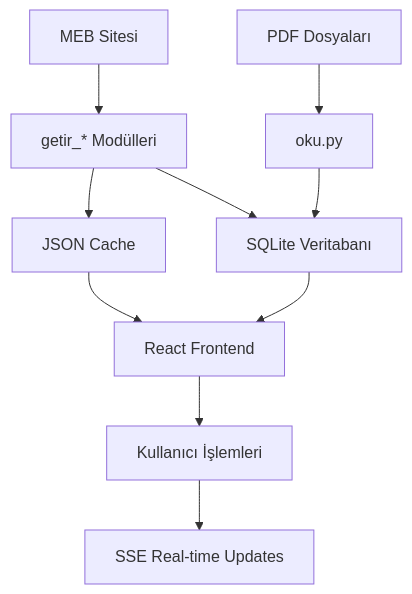
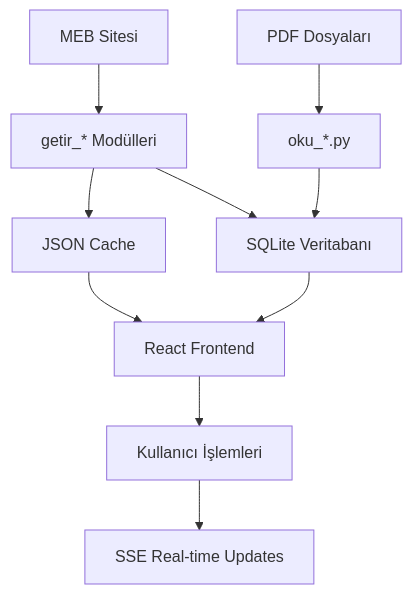
The diagram in README.md (ferhatknd/alan-dal-ders), drawn with Mermaid before and after one commit. The commit also changed other lines of this file and 3 other files, not shown here.

````diff
--- a/README.md
+++ b/README.md
@@ -349,12 +726,12 @@
 ```mermaid
 graph TD
     A[MEB Sitesi] --> B[getir_* Modülleri]
     B --> C[JSON Cache]
     B --> D[SQLite Veritabanı]
     C --> E[React Frontend]
     D --> E
-    F[PDF Dosyaları] --> G[oku.py]
+    F[PDF Dosyaları] --> G[oku_*.py]
     G --> D
     E --> H[Kullanıcı İşlemleri]
     H --> I[SSE Real-time Updates]
 ```
````
